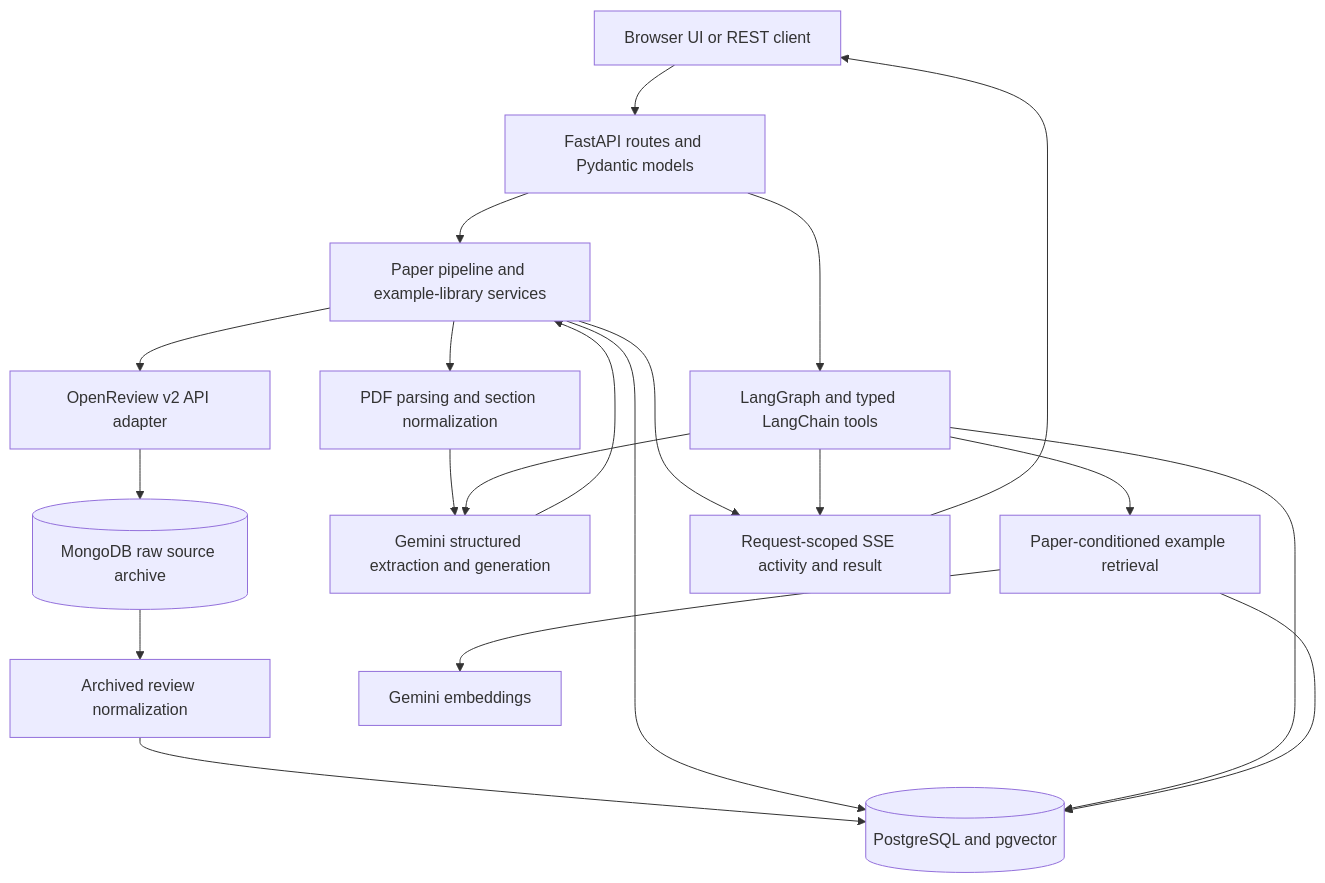
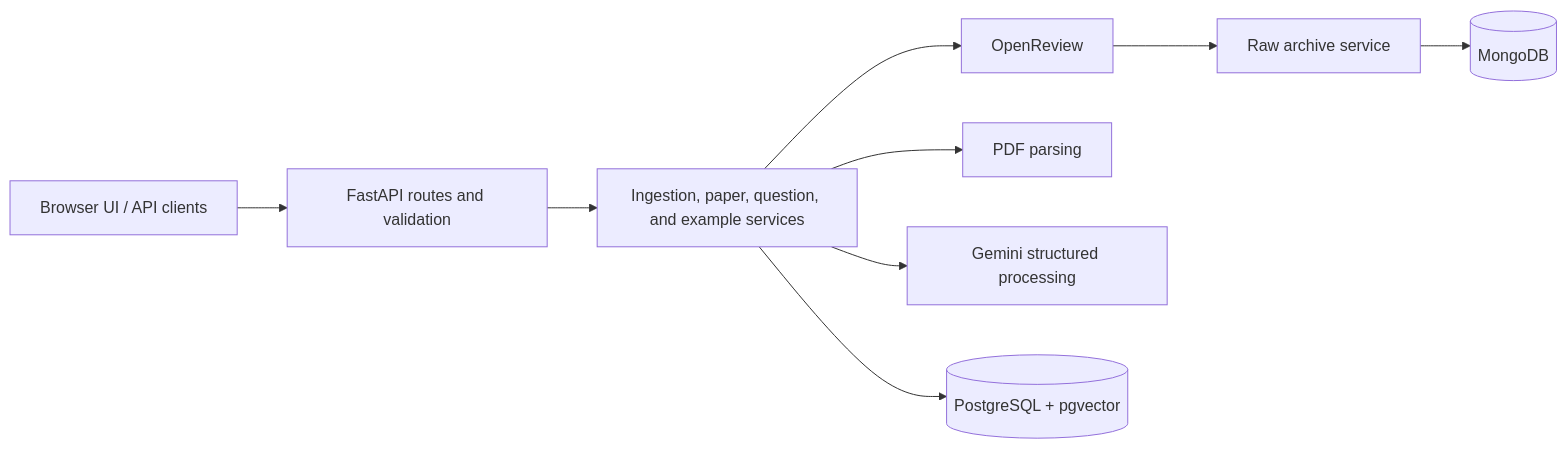
The first of 2 diagrams in README.md (adrian-sit/paperprobe), drawn with Mermaid before and after one commit. The commit also changed other lines of this file and 13 other files, not shown here.

Commit message:
Remove agent flows and simplified project for future directions

````diff
--- a/README.md
+++ b/README.md
@@ -84,22 +25,11 @@
 ```mermaid
-flowchart TD
-    Client[Browser UI or REST client] --> API[FastAPI routes and Pydantic models]
-    API --> Pipeline[Paper pipeline and example-library services]
-    Pipeline --> PDF[PDF parsing and section normalization]
-    Pipeline --> OR[OpenReview v2 API adapter]
-    OR --> Mongo[(MongoDB raw source archive)]
-    Mongo --> Normalize[Archived review normalization]
-    Normalize --> PG[(PostgreSQL and pgvector)]
-    PDF --> Gemini[Gemini structured extraction and generation]
-    Gemini --> Pipeline
-    Pipeline --> PG
-    API --> Graph[LangGraph and typed LangChain tools]
-    Graph --> PG
-    Graph --> Gemini
-    Graph --> Examples[Paper-conditioned example retrieval]
-    Examples --> PG
-    Examples --> Embeddings[Gemini embeddings]
-    Pipeline --> SSE[Request-scoped SSE activity and result]
-    Graph --> SSE
-    SSE --> Client
+flowchart LR
+    UI[Browser UI / API clients] --> API[FastAPI routes and validation]
+    API --> Services[Ingestion, paper, question, and example services]
+    Services --> OR[OpenReview]
+    Services --> PDF[PDF parsing]
+    Services --> Gemini[Gemini structured processing]
+    Services --> PG[(PostgreSQL + pgvector)]
+    OR --> Archive[Raw archive service]
+    Archive --> Mongo[(MongoDB)]
 ```
````
